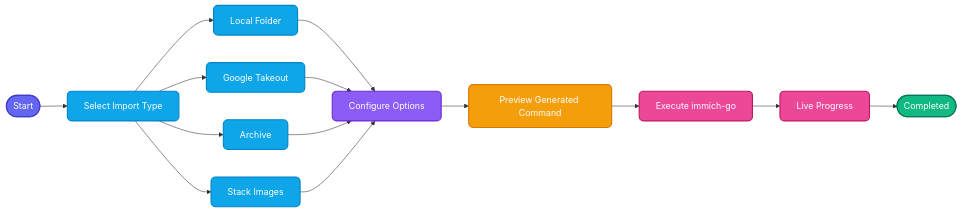
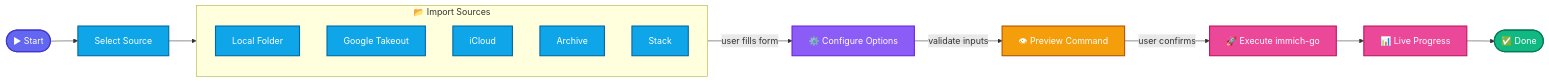
Before and after one commit to shitan198u/immich-go-gui: the diagram in docs/user-guide/choose-your-workflow.md, drawn with Mermaid. The commit also changed 4 other files, not shown here.

Commit message:
docs: refine Mermaid diagrams with subgraphs and emoji; simplify README flowchart; surface releases page as primary download CTA

````diff
--- a/docs/user-guide/choose-your-workflow.md
+++ b/docs/user-guide/choose-your-workflow.md
@@ -7,35 +7,34 @@
 ```mermaid
 flowchart LR
-    classDef startNode fill:#6366f1,stroke:#4338ca,color:#ffffff,stroke-width:2px,rx:10px;
-    classDef typeNode fill:#0ea5e9,stroke:#0284c7,color:#ffffff,stroke-width:2px,rx:8px;
-    classDef configNode fill:#8b5cf6,stroke:#6d28d9,color:#ffffff,stroke-width:2px,rx:8px;
-    classDef previewNode fill:#f59e0b,stroke:#d97706,color:#ffffff,stroke-width:2px,rx:8px;
-    classDef runNode fill:#ec4899,stroke:#be185d,color:#ffffff,stroke-width:2px,rx:8px;
-    classDef endNode fill:#10b981,stroke:#047857,color:#ffffff,stroke-width:2px,rx:10px;
+    classDef startEnd fill:#6366f1,stroke:#4338ca,color:#fff,stroke-width:2px
+    classDef source fill:#0ea5e9,stroke:#0369a1,color:#fff,stroke-width:2px
+    classDef config fill:#8b5cf6,stroke:#6d28d9,color:#fff,stroke-width:2px
+    classDef preview fill:#f59e0b,stroke:#b45309,color:#fff,stroke-width:2px
+    classDef run fill:#ec4899,stroke:#be185d,color:#fff,stroke-width:2px
+    classDef done fill:#10b981,stroke:#047857,color:#fff,stroke-width:2px
 
-    Start([Start]):::startNode
-    Select[Select Import Type]:::typeNode
-    Folder[Local Folder]:::typeNode
-    Takeout[Google Takeout]:::typeNode
-    Archive[Archive]:::typeNode
-    Stack[Stack Images]:::typeNode
-    Configure[Configure Options]:::configNode
-    Preview[Preview Generated Command]:::previewNode
-    Run[Execute immich-go]:::runNode
-    Progress[Live Progress]:::runNode
-    Finished([Completed]):::endNode
+    Start([▶ Start]):::startEnd
+    Select[Select Source]:::source
+
+    subgraph Sources["📂 Import Sources"]
+        Folder[Local Folder]:::source
+        Takeout[Google Takeout]:::source
+        iCloud[iCloud]:::source
+        Archive[Archive]:::source
+        Stack[Stack]:::source
+    end
+
+    Configure[⚙️ Configure Options]:::config
+    Preview[👁 Preview Command]:::preview
+    Run[🚀 Execute immich-go]:::run
+    Progress[📊 Live Progress]:::run
+    Done([✅ Done]):::done
 
     Start --> Select
-    Select --> Folder
-    Select --> Takeout
-    Select --> Archive
-    Select --> Stack
-    Folder --> Configure
-    Takeout --> Configure
-    Archive --> Configure
-    Stack --> Configure
-    Configure --> Preview
-    Preview --> Run
+    Select --> Sources
+    Sources -->|user fills form| Configure
+    Configure -->|validate inputs| Preview
+    Preview -->|user confirms| Run
     Run --> Progress
-    Progress --> Finished
+    Progress --> Done
 ```
````
